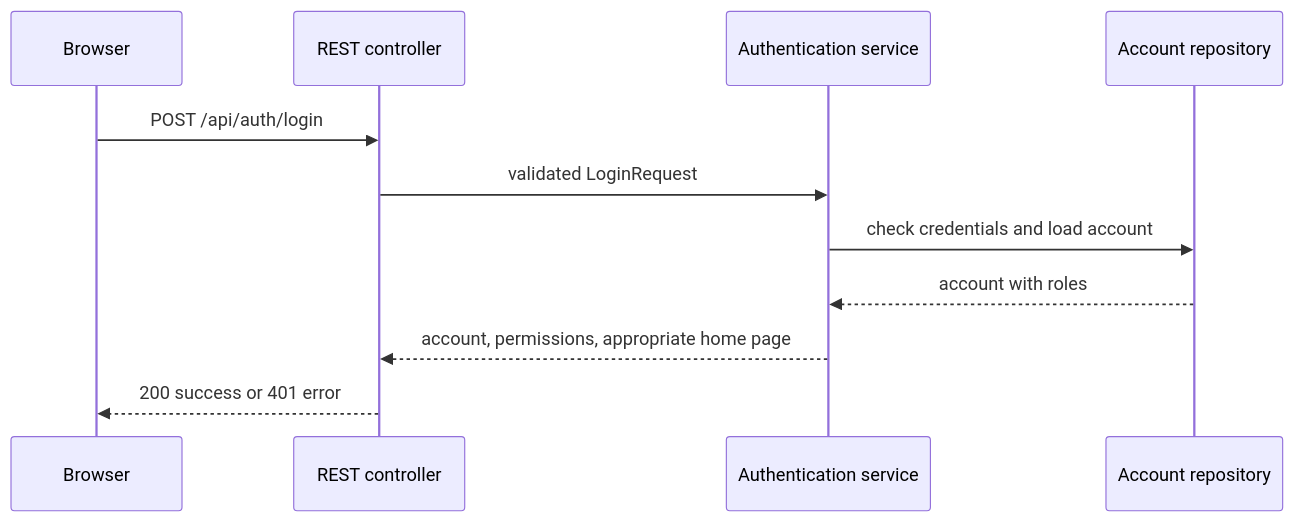
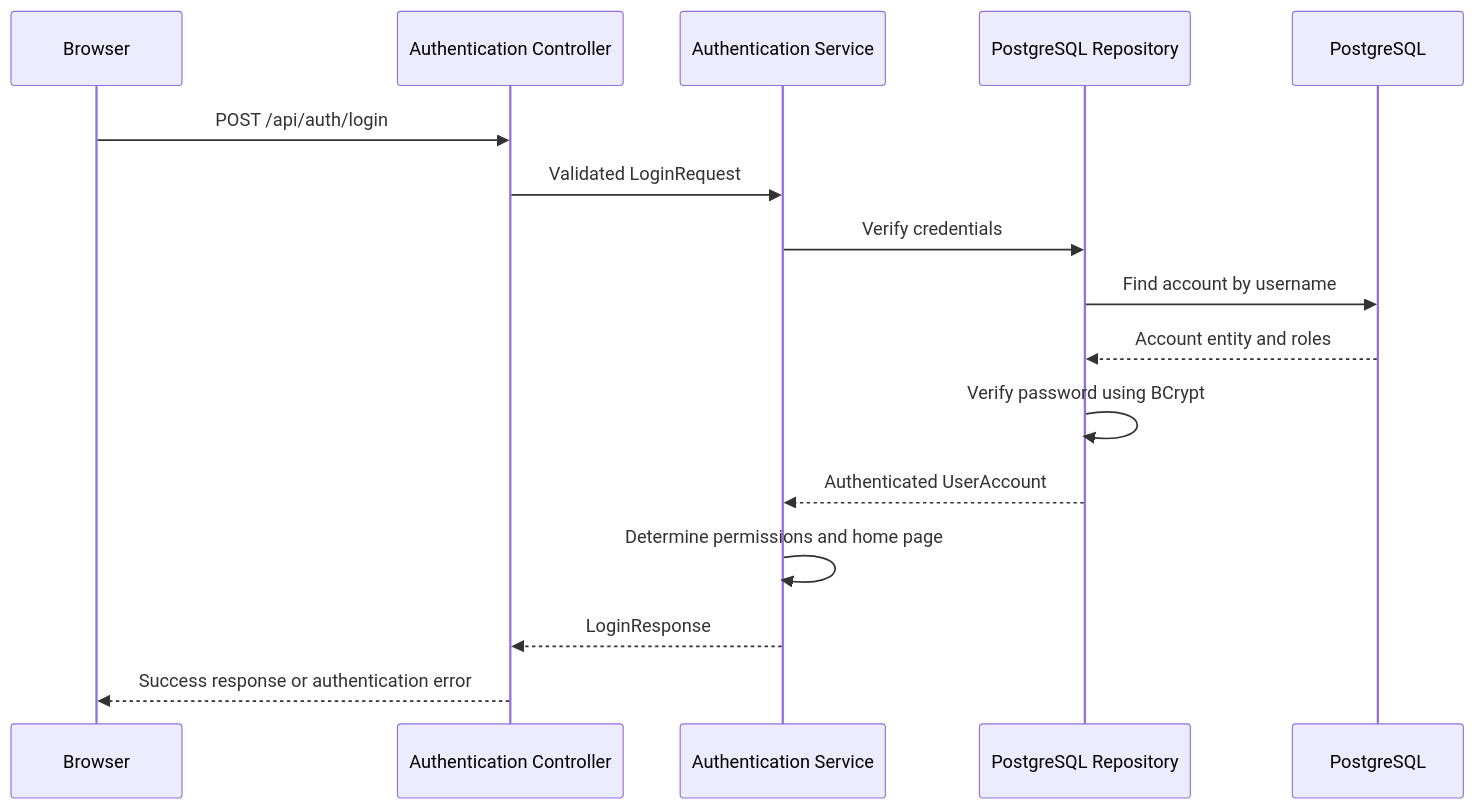
Before and after one commit to arxhentakadriu/MemberNetSprint1: the diagram in docs/architecture.md, drawn with Mermaid. The commit also changed other lines of this file, not shown here.

First line of the commit message:
Revise architecture documentation for clarity and detail

````diff
--- a/docs/architecture.md
+++ b/docs/architecture.md
@@ -11,13 +142,19 @@
 ```mermaid
 sequenceDiagram
-  participant Browser
-  participant Controller as REST controller
-  participant Service as Authentication service
-  participant Repository as Account repository
-  Browser->>Controller: POST /api/auth/login
-  Controller->>Service: validated LoginRequest
-  Service->>Repository: check credentials and load account
-  Repository-->>Service: account with roles
-  Service-->>Controller: account, permissions, appropriate home page
-  Controller-->>Browser: 200 success or 401 error
+    participant Browser
+    participant Controller as Authentication Controller
+    participant Service as Authentication Service
+    participant Repository as PostgreSQL Repository
+    participant Database as PostgreSQL
+
+    Browser->>Controller: POST /api/auth/login
+    Controller->>Service: Validated LoginRequest
+    Service->>Repository: Verify credentials
+    Repository->>Database: Find account by username
+    Database-->>Repository: Account entity and roles
+    Repository->>Repository: Verify password using BCrypt
+    Repository-->>Service: Authenticated UserAccount
+    Service->>Service: Determine permissions and home page
+    Service-->>Controller: LoginResponse
+    Controller-->>Browser: Success response or authentication error
 ```
````
